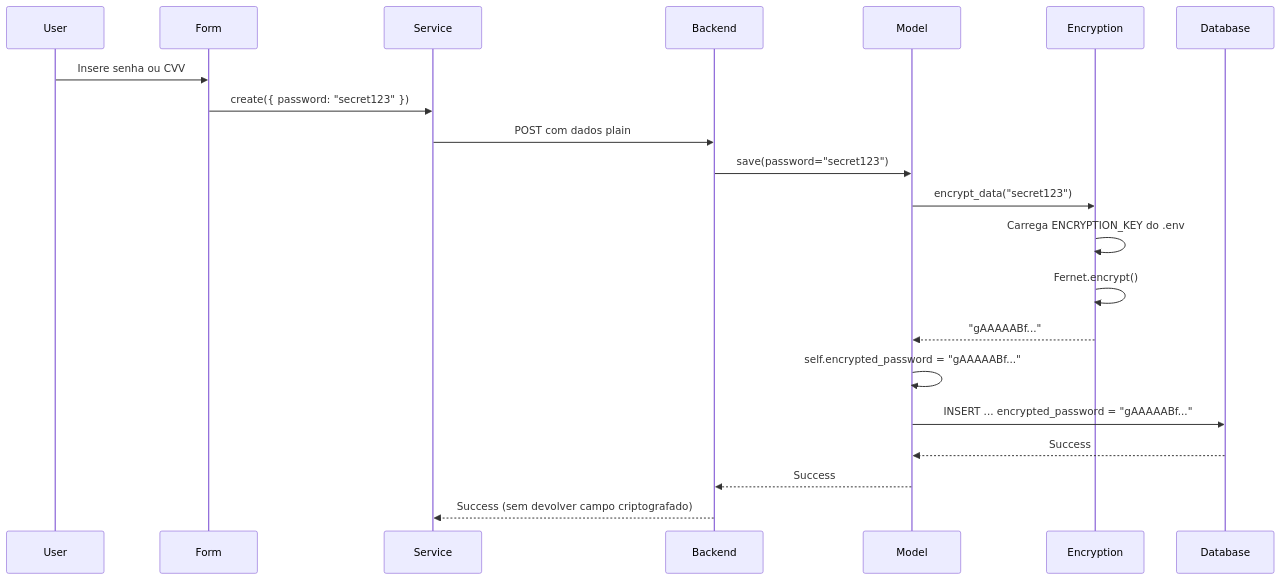
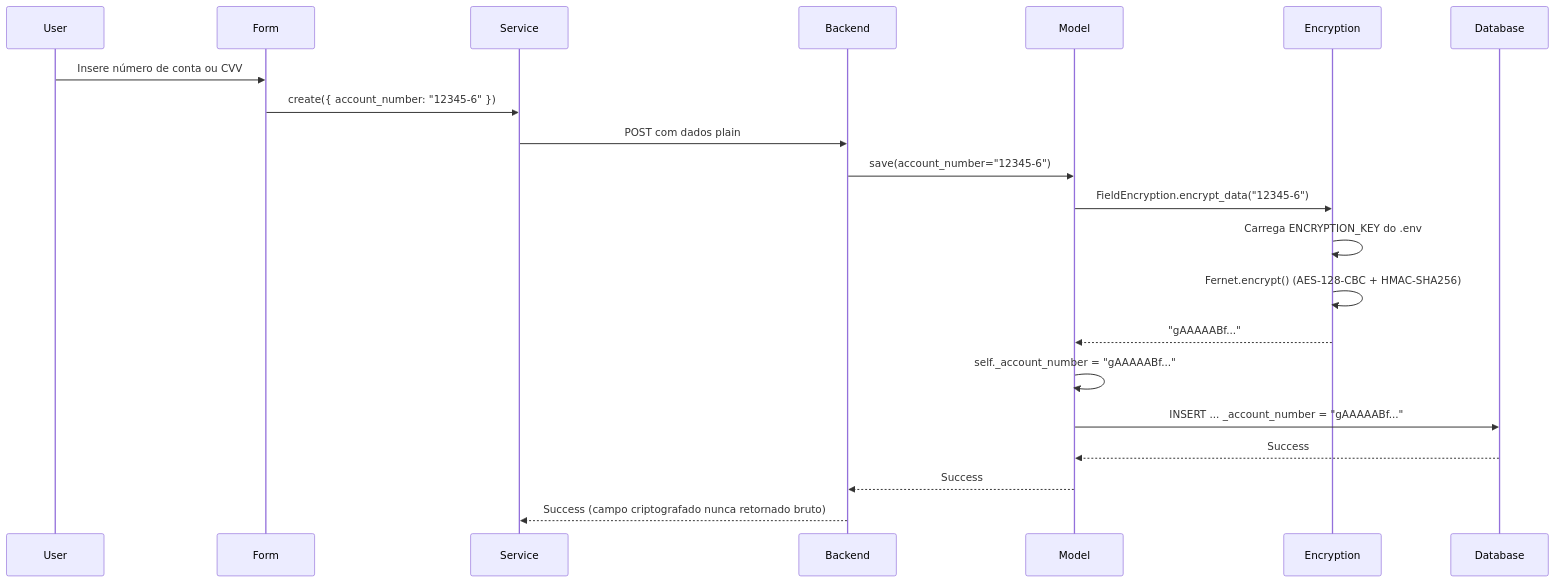
The seventh of 13 diagrams in documentation/architecture/data_flow.md (tarcisioribeiro/Axiom), drawn with Mermaid before and after one commit. The commit also changed other lines of this file and 5 other files, not shown here.

Commit message:
docs: updated diagrams

````diff
--- a/documentation/architecture/data_flow.md
+++ b/documentation/architecture/data_flow.md
@@ -379,26 +384,26 @@
 ```mermaid
 sequenceDiagram
     participant User
     participant Form
     participant Service
     participant Backend
     participant Model
     participant Encryption
     participant Database
 
-    User->>Form: Insere senha ou CVV
-    Form->>Service: create({ password: "secret123" })
+    User->>Form: Insere número de conta ou CVV
+    Form->>Service: create({ account_number: "12345-6" })
     Service->>Backend: POST com dados plain
 
-    Backend->>Model: save(password="secret123")
-    Model->>Encryption: encrypt_data("secret123")
+    Backend->>Model: save(account_number="12345-6")
+    Model->>Encryption: FieldEncryption.encrypt_data("12345-6")
     Encryption->>Encryption: Carrega ENCRYPTION_KEY do .env
-    Encryption->>Encryption: Fernet.encrypt()
+    Encryption->>Encryption: Fernet.encrypt() (AES-128-CBC + HMAC-SHA256)
     Encryption-->>Model: "gAAAAABf..."
 
-    Model->>Model: self.encrypted_password = "gAAAAABf..."
-    Model->>Database: INSERT ... encrypted_password = "gAAAAABf..."
+    Model->>Model: self._account_number = "gAAAAABf..."
+    Model->>Database: INSERT ... _account_number = "gAAAAABf..."
     Database-->>Model: Success
     Model-->>Backend: Success
-    Backend-->>Service: Success (sem devolver campo criptografado)
+    Backend-->>Service: Success (campo criptografado nunca retornado bruto)
 ```
````
